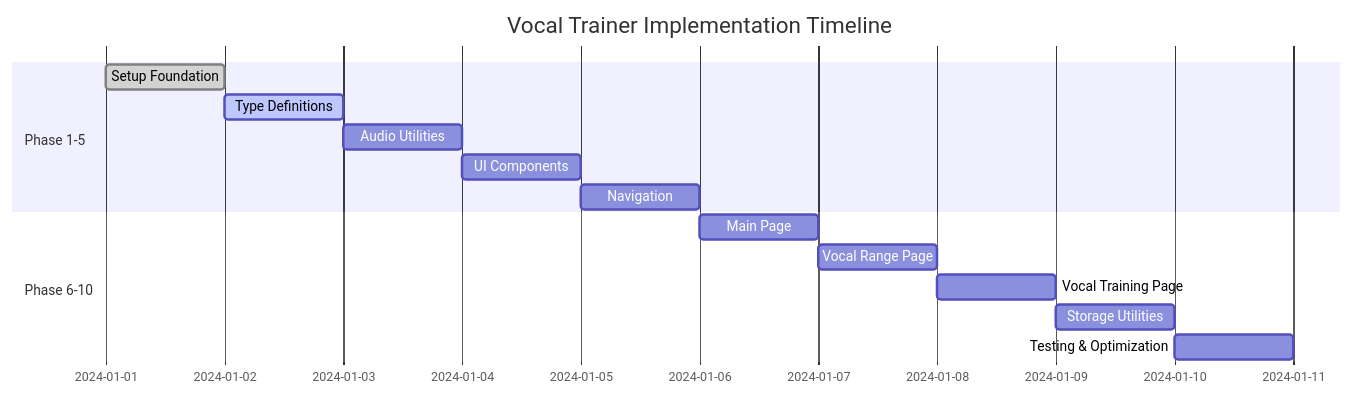
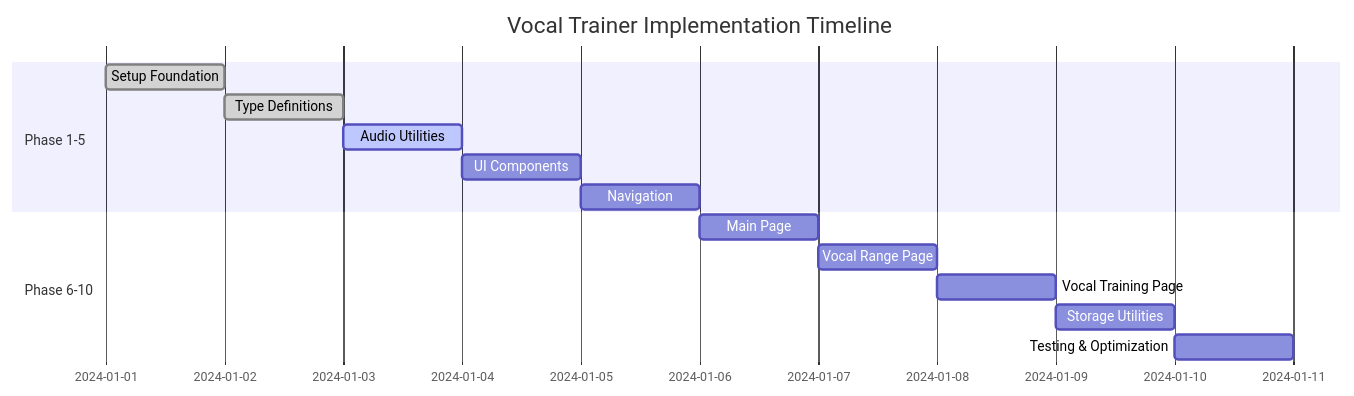
One commit to rayinailham/vocal-trainer changed the diagram in vocal-trainer-phase-plan.md. Above: the diagram before and after it, drawn with Mermaid. The commit also changed other lines of this file and 2 other files, not shown here.

````diff
--- a/vocal-trainer-phase-plan.md
+++ b/vocal-trainer-phase-plan.md
@@ -324,18 +324,18 @@
 ```mermaid
 gantt
     title Vocal Trainer Implementation Timeline
     dateFormat  YYYY-MM-DD
     section Phase 1-5
     Setup Foundation        :done, phase1, 2024-01-01, 1d
-    Type Definitions        :active, phase2, after phase1, 1d
-    Audio Utilities         :phase3, after phase2, 1d
+    Type Definitions        :done, phase2, after phase1, 1d
+    Audio Utilities         :active, phase3, after phase2, 1d
     UI Components           :phase4, after phase3, 1d
     Navigation              :phase5, after phase4, 1d
     
     section Phase 6-10
     Main Page               :phase6, after phase5, 1d
     Vocal Range Page        :phase7, after phase6, 1d
     Vocal Training Page     :phase8, after phase7, 1d
     Storage Utilities       :phase9, after phase8, 1d
     Testing & Optimization  :phase10, after phase9, 1d
 ```
````
